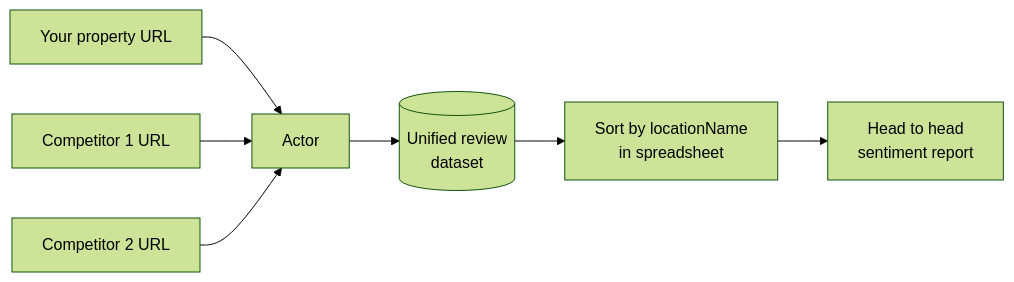
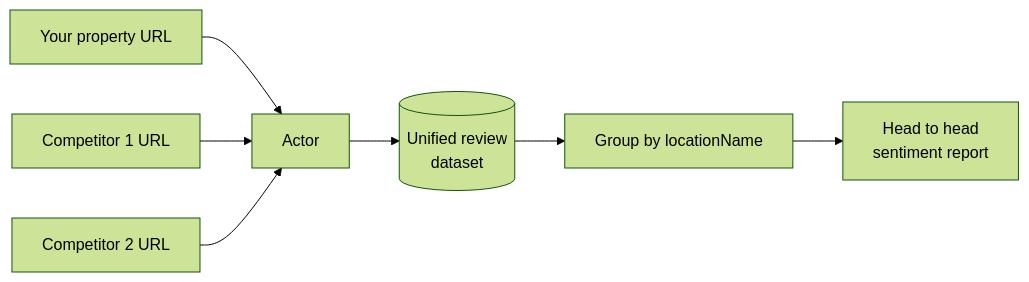
Before and after one commit to Ken-Mutisya/scrapemint: the third of 3 diagrams in actors/tripadvisor-review-intelligence/README.md, drawn with Mermaid (forest theme). The commit also changed other lines of this file, not shown here.

````diff
--- a/actors/tripadvisor-review-intelligence/README.md
+++ b/actors/tripadvisor-review-intelligence/README.md
@@ -154,9 +131,9 @@
 ```mermaid
 flowchart LR
     A[Your property URL] --> X[Actor]
     B[Competitor 1 URL] --> X
     C[Competitor 2 URL] --> X
     X --> D[(Unified review<br/>dataset)]
-    D --> E[Sort by locationName<br/>in spreadsheet]
+    D --> E[Group by locationName]
     E --> F[Head to head<br/>sentiment report]
 ```
````
